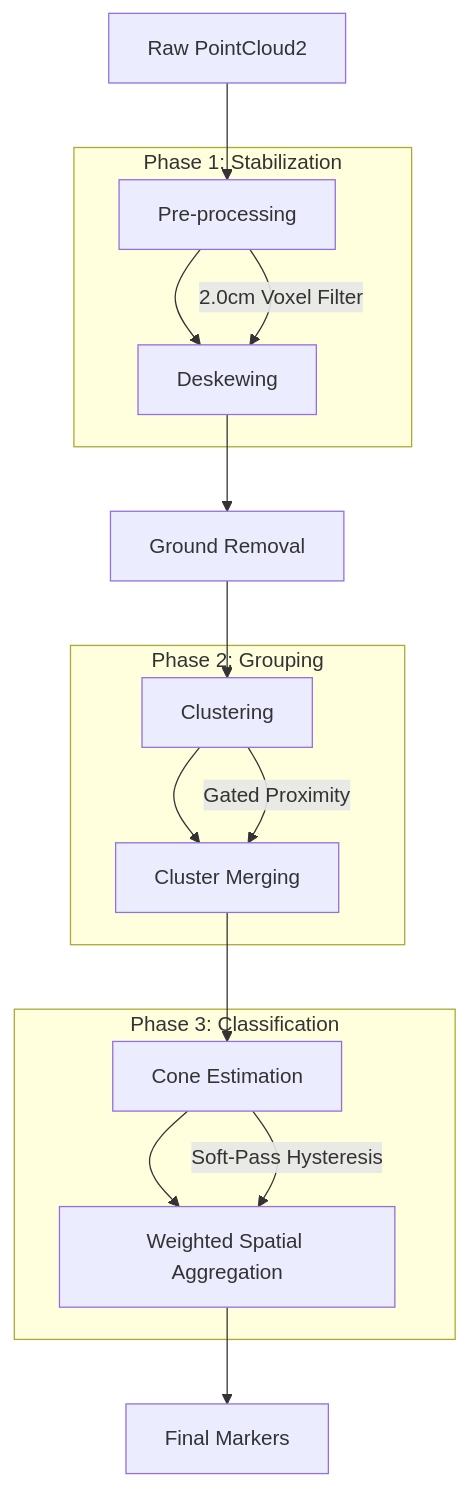
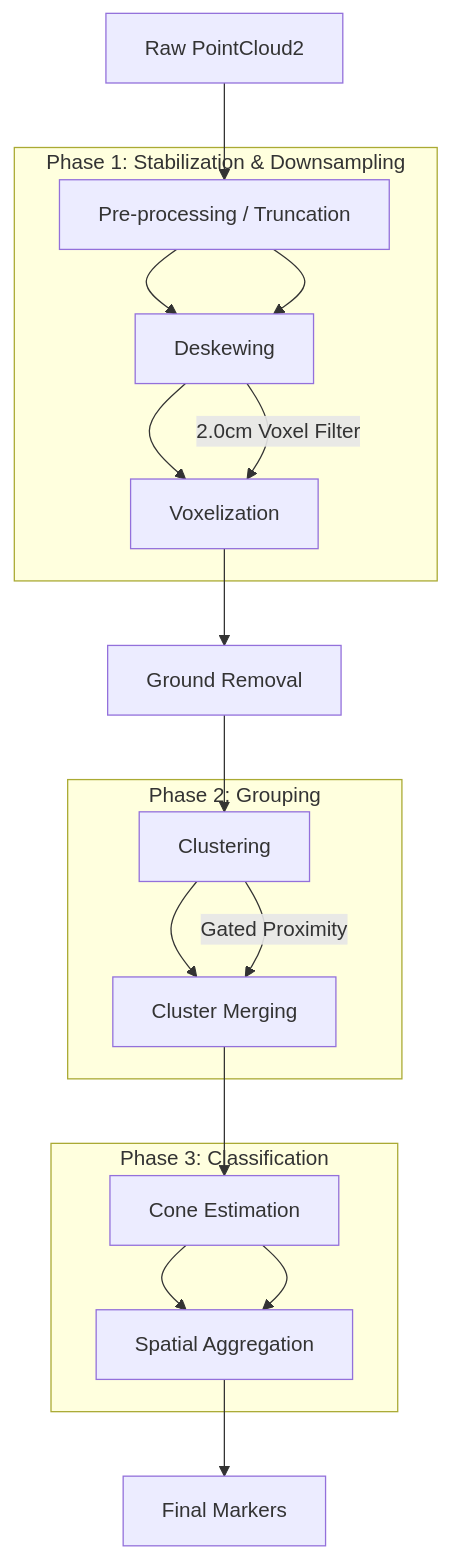
One commit to lorefargio/Lidar_based_Cone_Detection changed the diagram in docs/architecture.md. Above: the diagram before and after it, drawn with Mermaid. The commit also changed other lines of this file and 27 other files, not shown here.

````diff
--- a/docs/architecture.md
+++ b/docs/architecture.md
@@ -9,23 +9,25 @@
 ```mermaid
 graph TD
-    A[Raw PointCloud2] --> B[Pre-processing]
+    A[Raw PointCloud2] --> B[Pre-processing / Truncation]
     B --> C[Deskewing]
-    C --> D[Ground Removal]
+    C --> V[Voxelization]
+    V --> D[Ground Removal]
     D --> E[Clustering]
     E --> F[Cluster Merging]
     F --> G[Cone Estimation]
-    G --> H[Weighted Spatial Aggregation]
+    G --> H[Spatial Aggregation]
     H --> I[Final Markers]
 
-    subgraph "Phase 1: Stabilization"
-        B -- "2.0cm Voxel Filter" --> C
+    subgraph "Phase 1: Stabilization & Downsampling"
+        B --> C
+        C -- "2.0cm Voxel Filter" --> V
     end
 
     subgraph "Phase 2: Grouping"
         E -- "Gated Proximity" --> F
     end
 
     subgraph "Phase 3: Classification"
-        G -- "Soft-Pass Hysteresis" --> H
+        G --> H
     end
 ```
````
